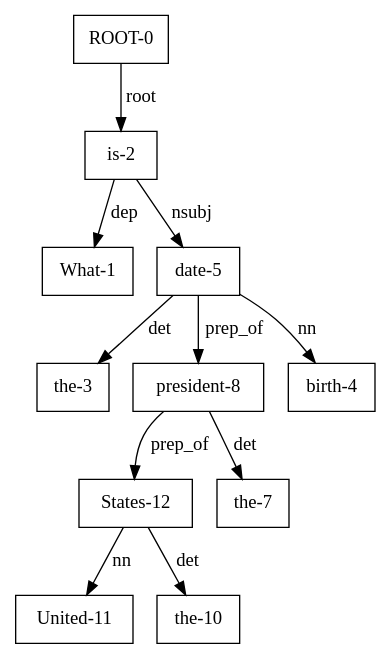
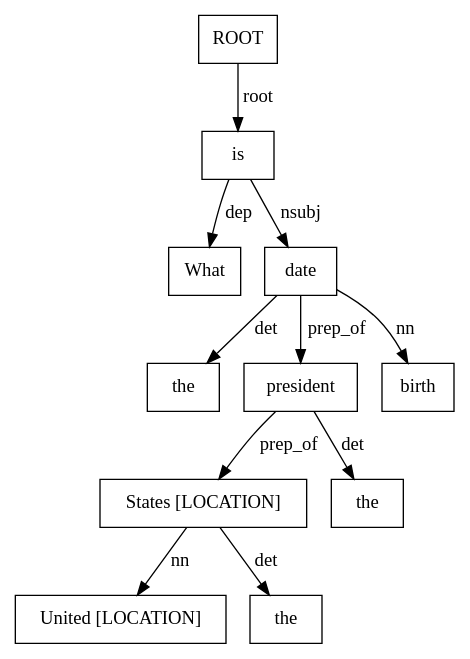
One commit to ProjetPP/Papers changed the diagram in examples_NLP_grammatical/tree1.dot. Above: the diagram before and after it, drawn with Graphviz. The commit also changed 2 other files, not shown here.

```diff
--- a/examples_NLP_grammatical/tree1.dot
+++ b/examples_NLP_grammatical/tree1.dot
@@ -1,24 +1,24 @@
 digraph relations {
-	"the-3"[label="the-3",shape=box];
-	"What-1"[label="What-1",shape=box];
-	"date-5"[label="date-5",shape=box];
-	"president-8"[label="president-8",shape=box];
-	"States-12"[label="States-12",shape=box];
-	"United-11"[label="United-11",shape=box];
-	"the-10"[label="the-10",shape=box];
-	"the-7"[label="the-7",shape=box];
-	"birth-4"[label="birth-4",shape=box];
-	"is-2"[label="is-2",shape=box];
-	"ROOT-0"[label="ROOT-0",shape=box];
+	"the-3"[label="the",shape=box];
+	"What-1"[label="What",shape=box];
+	"date-5"[label="date",shape=box];
+	"president-8"[label="president",shape=box];
+	"States-12"[label="States [LOCATION]",shape=box];
+	"United-11"[label="United [LOCATION]",shape=box];
+	"the-10"[label="the",shape=box];
+	"the-7"[label="the",shape=box];
+	"birth-4"[label="birth",shape=box];
+	"is-2"[label="is",shape=box];
+	"ROOT-0"[label="ROOT",shape=box];
 	"ROOT-0" -> "is-2"[label="root"];
 	"is-2" -> "What-1"[label="dep"];
 	"date-5" -> "the-3"[label="det"];
 	"date-5" -> "birth-4"[label="nn"];
 	"is-2" -> "date-5"[label="nsubj"];
 	"president-8" -> "the-7"[label="det"];
 	"date-5" -> "president-8"[label="prep_of"];
 	"States-12" -> "the-10"[label="det"];
 	"States-12" -> "United-11"[label="nn"];
 	"president-8" -> "States-12"[label="prep_of"];
 	labelloc="t"
 }
```
